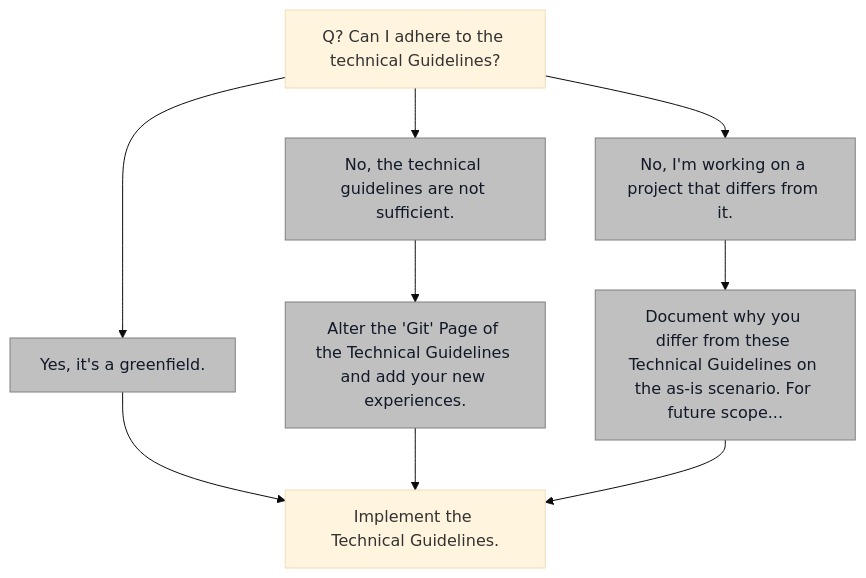
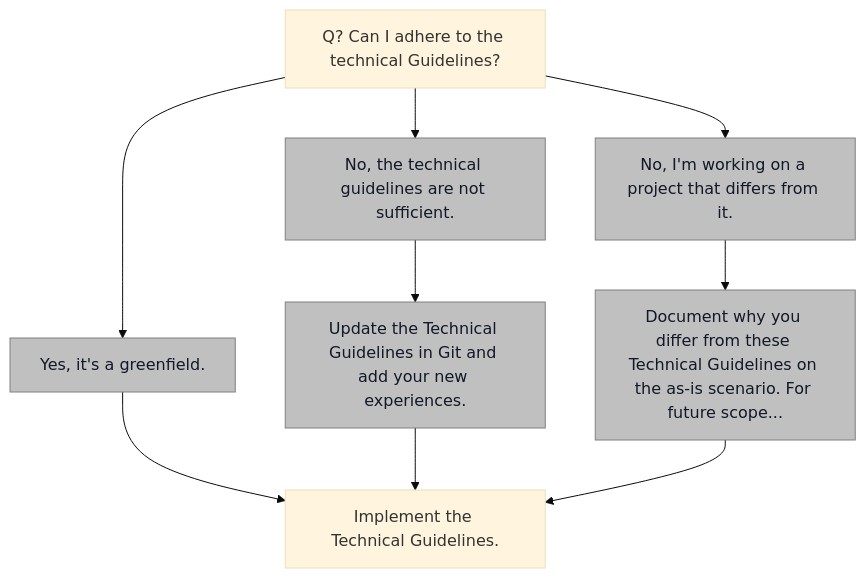
One commit to PlainsightPro/Vision-Playbook changed the diagram in docs/technical-guidelines/why-technical-guidelines.md. Above: the diagram before and after it, drawn with Mermaid. The commit also changed other lines of this file and 29 other files, not shown here.

````diff
--- a/docs/technical-guidelines/why-technical-guidelines.md
+++ b/docs/technical-guidelines/why-technical-guidelines.md
@@ -9,21 +11,21 @@
 ```mermaid
 %%{init: { "theme": "base", "flowchart": { "useMaxWidth": true } } }%%
 graph TD;
     A[Q? Can I adhere to the technical Guidelines?]
     B[Yes, it's a greenfield.]
     C[Implement the Technical Guidelines.]
     D[No, the technical guidelines are not sufficient.]
-    E[Alter the 'Git' Page of the Technical Guidelines and add your new experiences.]
+    E[Update the Technical Guidelines in Git and add your new experiences.]
     F[No, I'm working on a project that differs from it.]
     G[Document why you differ from these Technical Guidelines on the as-is scenario. For future scope...]
     
 
     A --> B --> C
     A --> D --> E --> C
     A --> F --> G --> C
     
 
     classDef silver fill:#C0C0C0,stroke:#808080,stroke-width:1px,color:#111827;
     class B,D,E,F,G silver;
 
 ```
````
